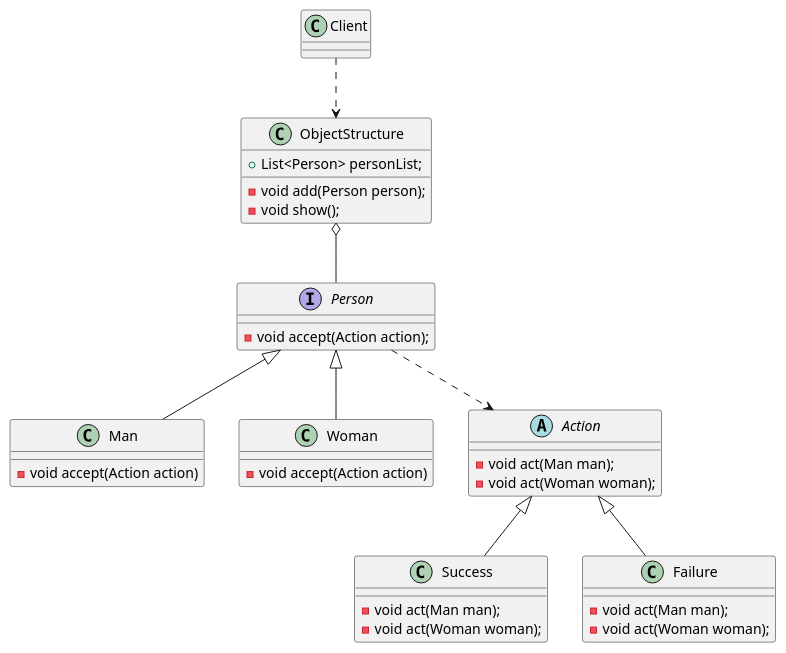
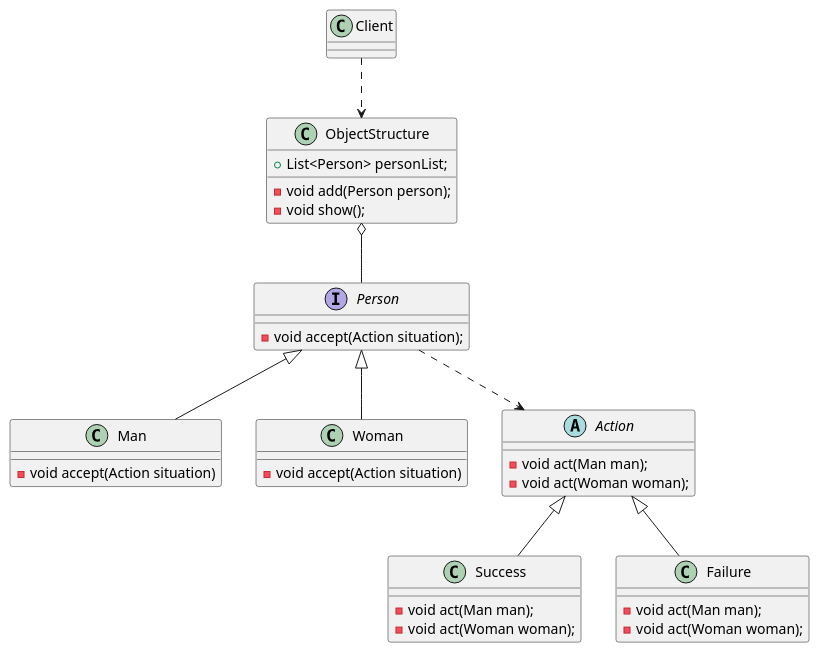
The diagram in Behavioral-Pattern/src/visitor/dmeo1/Uml类图.puml (Danbro007/DesignPattern), drawn with PlantUML before and after one commit. The commit also changed 23 other files, not shown here.

```diff
--- a/Behavioral-Pattern/src/visitor/dmeo1/Uml类图.puml
+++ b/Behavioral-Pattern/src/visitor/dmeo1/Uml类图.puml
@@ -1,50 +1,50 @@
 @startuml
 interface Person {
-    - void accept(Action action);
+    - void accept(Action situation);
 }
 
 class Man{
-    - void accept(Action action)
+    - void accept(Action situation)
 }
 
 class Woman{
-    - void accept(Action action)
+    - void accept(Action situation)
 }
 
 abstract class Action{
    - void act(Man man);
    - void act(Woman woman);
 }
 
 
 class Success{
    - void act(Man man);
    - void act(Woman woman);
 }
 
 class Failure{
    - void act(Man man);
    - void act(Woman woman);
 }
 
 class ObjectStructure{
    + List<Person> personList;
    - void add(Person person);
    - void show();
 }
 
 class Client{
 }
 
 Person <|-- Man
 Person <|-- Woman
 
 Action <|-- Failure
 Action <|-- Success
 
 ObjectStructure o-- Person
 Person ..> Action
 
 Client ..> ObjectStructure
 
 @enduml
```
